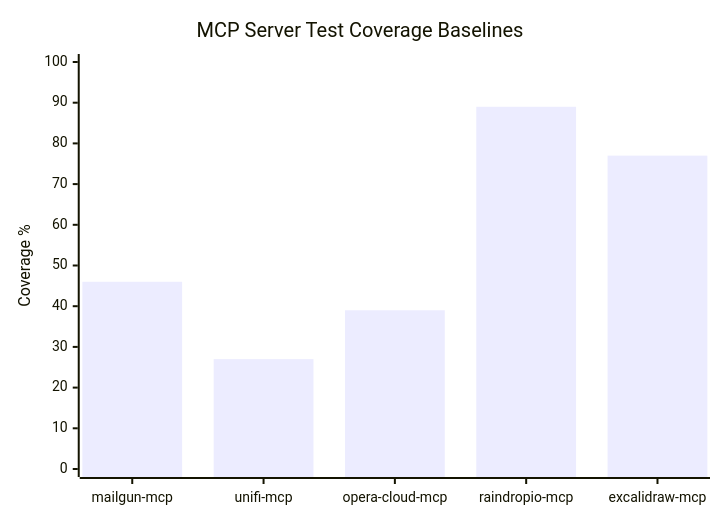
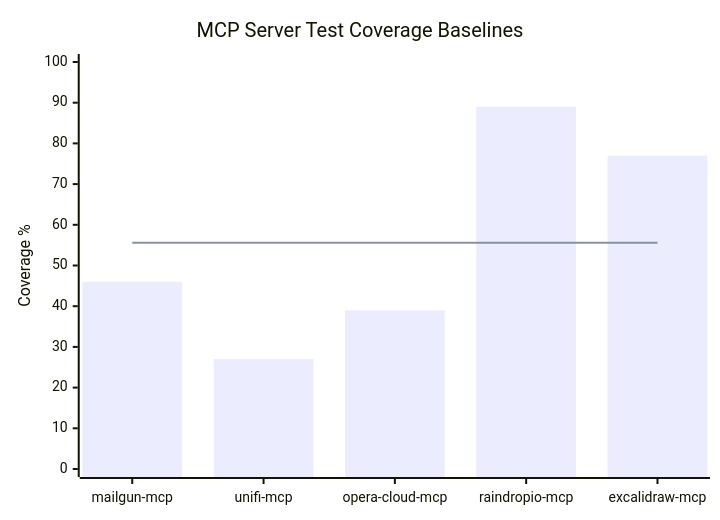
The diagram in docs/migration/TEST_COVERAGE_BASELINES.md (lesleslie/oneiric), drawn with Mermaid before and after one commit. The commit also changed 1 other file, not shown here.

Commit message:
fix(oneiric): rename wave-11 JS comment + restore average-line chart overlay
Two followups from the wave-11 review pass:

1. validate_mermaid.mjs still had 'crackerjack' in three header
   comments (Python file was correctly renamed, JS file was missed).
   Pure documentation drift — no functional impact, but operators
   reading the source would see misleading references.

2. TEST_COVERAGE_BASELINES.md:414 — the barChart → xychart-beta
   rewrite dropped the original 'line ["Average", 55.6]' overlay
   that visually highlighted the 55.6% baseline across all 5 MCP
   projects. Restored as 'line [55.6, 55.6, 55.6, 55.6, 55.6]'
   (constant across all categories draws the horizontal indicator).

Test still passes (2 passed in 3.12s).

````diff
--- a/docs/migration/TEST_COVERAGE_BASELINES.md
+++ b/docs/migration/TEST_COVERAGE_BASELINES.md
@@ -414,7 +414,8 @@
 ```mermaid
 xychart-beta
     title "MCP Server Test Coverage Baselines"
     x-axis ["mailgun-mcp", "unifi-mcp", "opera-cloud-mcp", "raindropio-mcp", "excalidraw-mcp"]
     y-axis "Coverage %" 0 --> 100
     bar [46, 27, 39, 89, 77]
+    line [55.6, 55.6, 55.6, 55.6, 55.6]
 ```
````
